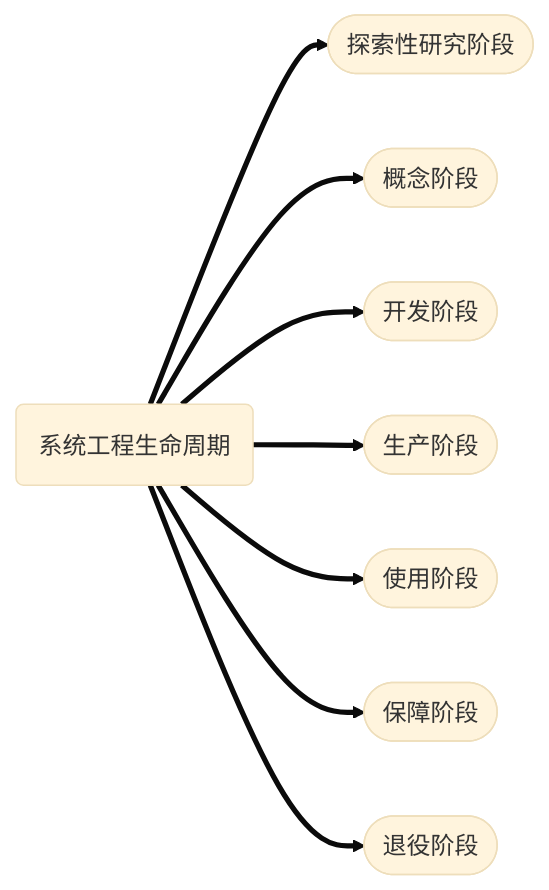
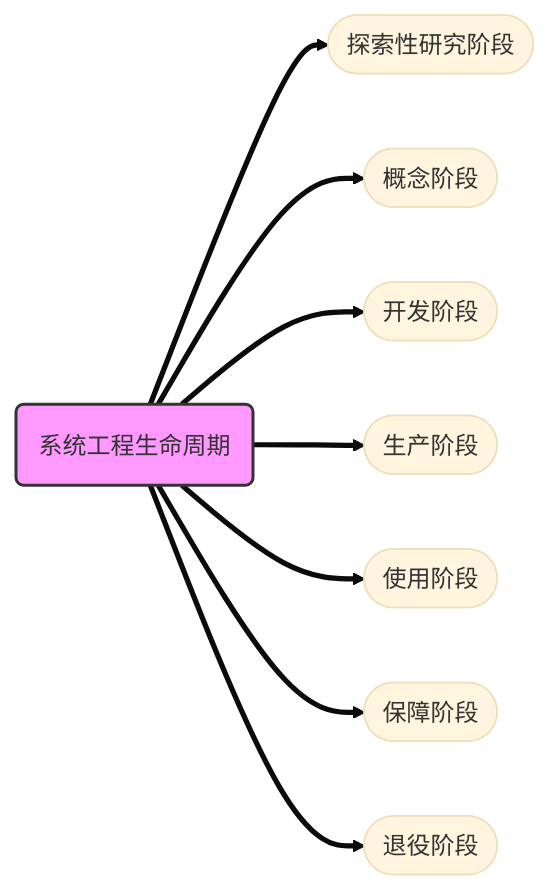
Before and after one commit to Rtoax/test-linux: the second of 4 diagrams in Documentation/ruankao/system-engineering.rst, drawn with Mermaid (base theme). The commit also changed other lines of this file and 1 other file, not shown here.

```diff
--- a/Documentation/ruankao/system-engineering.rst
+++ b/Documentation/ruankao/system-engineering.rst
@@ -51,11 +52,13 @@
 .. mermaid::
    :caption: 系统工程生命周期
 
     flowchart LR
         LifeCycle(系统工程生命周期) ==> LifeCycle1([探索性研究阶段])
         LifeCycle(系统工程生命周期) ==> LifeCycle2([概念阶段])
         LifeCycle(系统工程生命周期) ==> LifeCycle3([开发阶段])
         LifeCycle(系统工程生命周期) ==> LifeCycle4([生产阶段])
         LifeCycle(系统工程生命周期) ==> LifeCycle5([使用阶段])
         LifeCycle(系统工程生命周期) ==> LifeCycle6([保障阶段])
         LifeCycle(系统工程生命周期) ==> LifeCycle7([退役阶段])
+
+        style LifeCycle fill:#f9f,stroke:#333,stroke-width:2px
```
